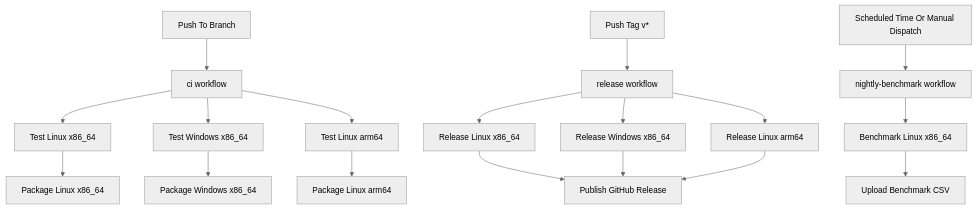
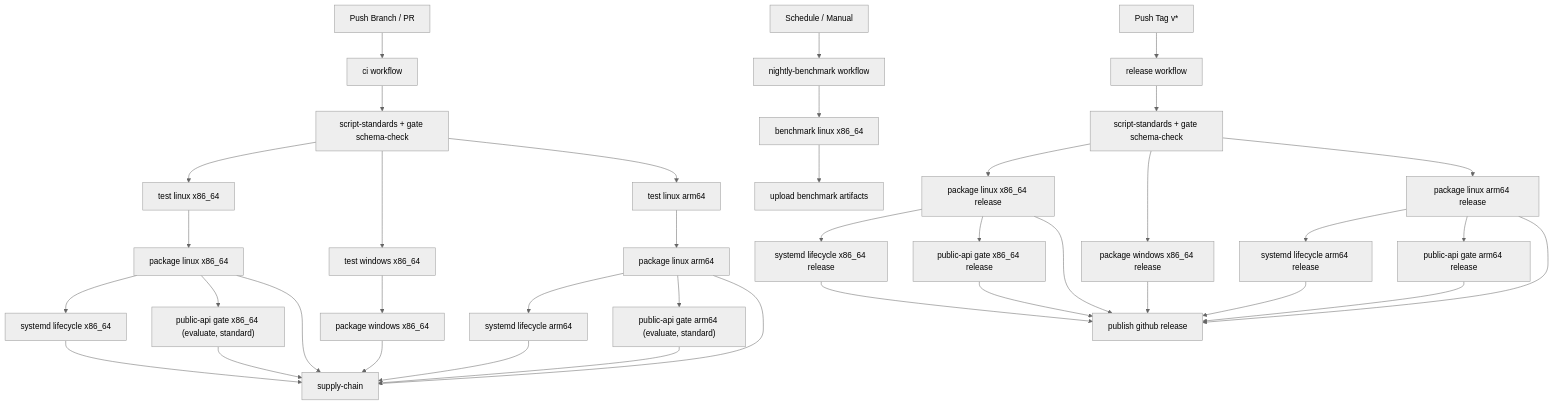
Before and after one commit to hjd92215202/Rivulet-Gateway: the diagram in docs/WORKFLOW-ARCHITECTURE.md, drawn with Mermaid (neutral theme). The commit also changed other lines of this file and 3 other files, not shown here.

Commit message:
feat: sync bilingual public-api gate and production-readiness docs

````diff
--- a/docs/WORKFLOW-ARCHITECTURE.md
+++ b/docs/WORKFLOW-ARCHITECTURE.md
@@ -13,23 +27,44 @@
 ```mermaid
 flowchart TD
-    A["Push To Branch"] --> B["ci workflow"]
-    T["Push Tag v*"] --> C["release workflow"]
-    S["Scheduled Time Or Manual Dispatch"] --> D["nightly-benchmark workflow"]
+    A["Push Branch / PR"] --> CI["ci workflow"]
+    B["Push Tag v*"] --> REL["release workflow"]
+    C["Schedule / Manual"] --> NB["nightly-benchmark workflow"]
 
-    B --> B1["Test Linux x86_64"]
-    B --> B2["Test Windows x86_64"]
-    B --> B3["Test Linux arm64"]
-    B1 --> P1["Package Linux x86_64"]
-    B2 --> P2["Package Windows x86_64"]
-    B3 --> P3["Package Linux arm64"]
+    CI --> CI_S["script-standards + gate schema-check"]
+    CI_S --> CI_T1["test linux x86_64"]
+    CI_S --> CI_T2["test windows x86_64"]
+    CI_S --> CI_T3["test linux arm64"]
+    CI_T1 --> CI_P1["package linux x86_64"]
+    CI_T2 --> CI_P2["package windows x86_64"]
+    CI_T3 --> CI_P3["package linux arm64"]
+    CI_P1 --> CI_SD1["systemd lifecycle x86_64"]
+    CI_P3 --> CI_SD2["systemd lifecycle arm64"]
+    CI_P1 --> CI_G1["public-api gate x86_64 (evaluate, standard)"]
+    CI_P3 --> CI_G2["public-api gate arm64 (evaluate, standard)"]
+    CI_P1 --> CI_SC["supply-chain"]
+    CI_P2 --> CI_SC
+    CI_P3 --> CI_SC
+    CI_SD1 --> CI_SC
+    CI_SD2 --> CI_SC
+    CI_G1 --> CI_SC
+    CI_G2 --> CI_SC
 
-    C --> C1["Release Linux x86_64"]
-    C --> C2["Release Windows x86_64"]
-    C --> C3["Release Linux arm64"]
-    C1 --> C4["Publish GitHub Release"]
-    C2 --> C4
-    C3 --> C4
+    REL --> REL_S["script-standards + gate schema-check"]
+    REL_S --> REL_P1["package linux x86_64 release"]
+    REL_S --> REL_P2["package windows x86_64 release"]
+    REL_S --> REL_P3["package linux arm64 release"]
+    REL_P1 --> REL_SD1["systemd lifecycle x86_64 release"]
+    REL_P3 --> REL_SD2["systemd lifecycle arm64 release"]
+    REL_P1 --> REL_G1["public-api gate x86_64 release"]
+    REL_P3 --> REL_G2["public-api gate arm64 release"]
+    REL_P1 --> PUB["publish github release"]
+    REL_P2 --> PUB
+    REL_P3 --> PUB
+    REL_SD1 --> PUB
+    REL_SD2 --> PUB
+    REL_G1 --> PUB
+    REL_G2 --> PUB
 
-    D --> D1["Benchmark Linux x86_64"]
-    D1 --> D2["Upload Benchmark CSV"]
+    NB --> NB_1["benchmark linux x86_64"]
+    NB_1 --> NB_2["upload benchmark artifacts"]
 ```
````
